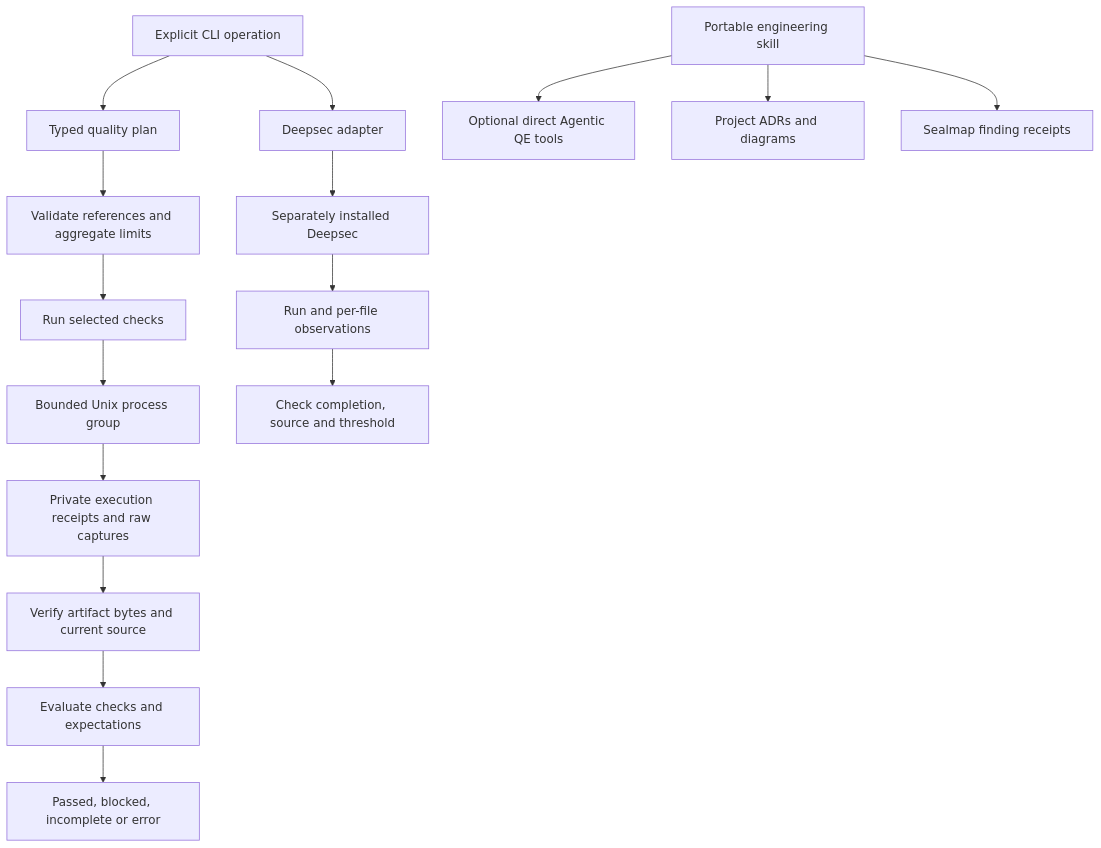
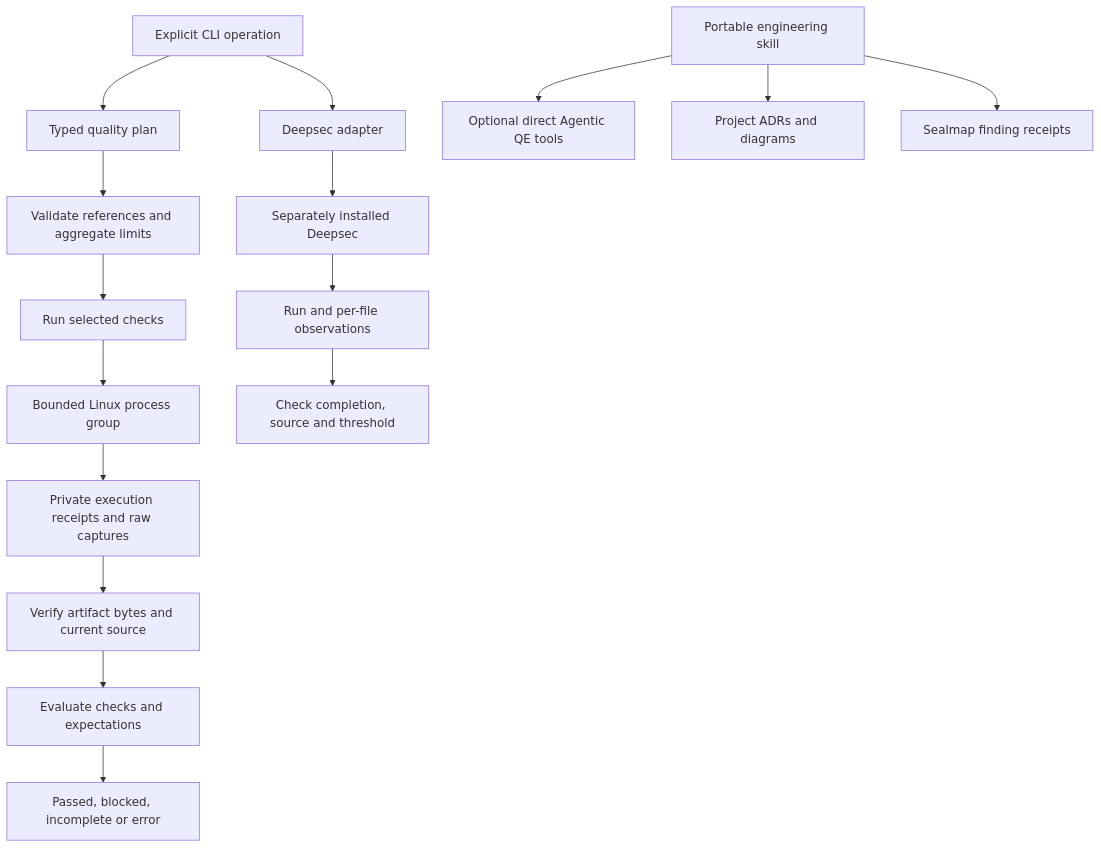
Before and after one commit to DreamLab-AI/visioncraft: the diagram in docs/diagrams/README.md, drawn with Mermaid. The commit also changed other lines of this file and 10 other files, not shown here.

Commit message:
Verify final release architecture and refresh generated diagrams

````diff
--- a/docs/diagrams/README.md
+++ b/docs/diagrams/README.md
@@ -27,18 +27,18 @@
 ```mermaid
 flowchart TD
   User[Explicit CLI operation] --> Plan[Typed quality plan]
   Plan --> Admit[Validate references and aggregate limits]
   Admit --> Run[Run selected checks]
-  Run --> Process[Bounded Unix process group]
+  Run --> Process[Bounded Linux process group]
   Process --> Receipt[Private execution receipts and raw captures]
   Receipt --> Verify[Verify artifact bytes and current source]
   Verify --> Gate[Evaluate checks and expectations]
   Gate --> Result[Passed, blocked, incomplete or error]
   User --> Security[Deepsec adapter]
   Security --> External[Separately installed Deepsec]
   External --> Observations[Run and per-file observations]
   Observations --> SecurityGate[Check completion, source and threshold]
   Skill[Portable engineering skill] --> AQE[Optional direct Agentic QE tools]
   Skill --> ADR[Project ADRs and diagrams]
   Skill --> Findings[Sealmap finding receipts]
 ```
````
